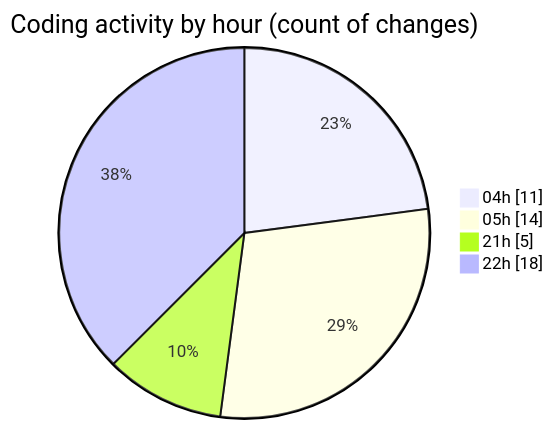
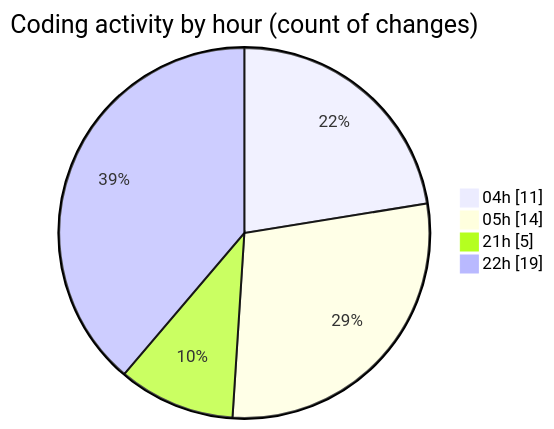
One commit to idhammustaqopulfikri/code-tracking changed the second of 2 diagrams in 2025-03-27/autodidak/README.md. Above: the diagram before and after it, drawn with Mermaid. The commit also changed other lines of this file and 1 other file, not shown here.

````diff
--- a/2025-03-27/autodidak/README.md
+++ b/2025-03-27/autodidak/README.md
@@ -36,8 +36,8 @@
 ```mermaid
 pie showData
 title Coding activity by hour (count of changes)
 "04h" : 11
 "05h" : 14
 "21h" : 5
-"22h" : 18
+"22h" : 19
 ```
````
